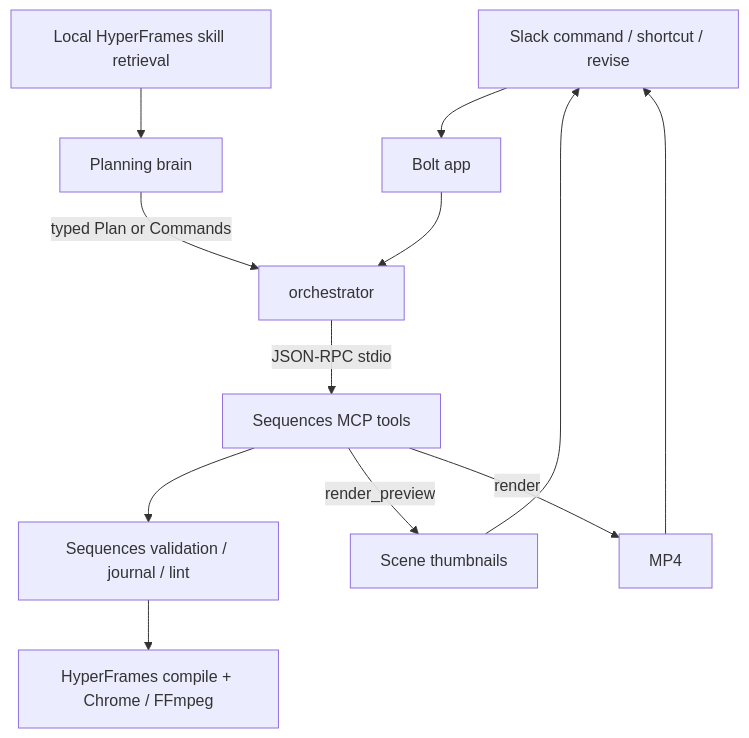
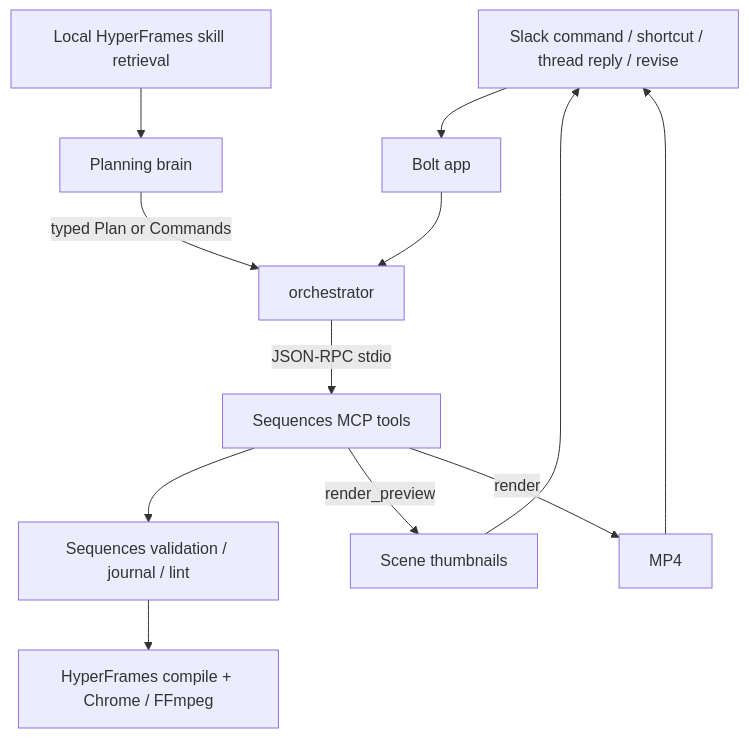
One commit to vladimirhegai/Slack_Sequences changed the diagram in apps/slack/SLACK_PLAN.md. Above: the diagram before and after it, drawn with Mermaid. The commit also changed other lines of this file and 32 other files, not shown here.

First line of the commit message:
Add Railway/Docker deployment + /sequences mcp-test self-check

````diff
--- a/apps/slack/SLACK_PLAN.md
+++ b/apps/slack/SLACK_PLAN.md
@@ -97,14 +103,14 @@
 ```mermaid
 flowchart TD
-  S[Slack command / shortcut / revise] --> B[Bolt app]
+  S[Slack command / shortcut / thread reply / revise] --> B[Bolt app]
   B --> O[orchestrator]
   K[Local HyperFrames skill retrieval] --> P[Planning brain]
   P -->|typed Plan or Commands| O
   O -->|JSON-RPC stdio| M[Sequences MCP tools]
   M --> C[Sequences validation / journal / lint]
   C --> H[HyperFrames compile + Chrome / FFmpeg]
   M -->|render_preview| T[Scene thumbnails]
   M -->|render| V[MP4]
   T --> S
   V --> S
 ```
````
